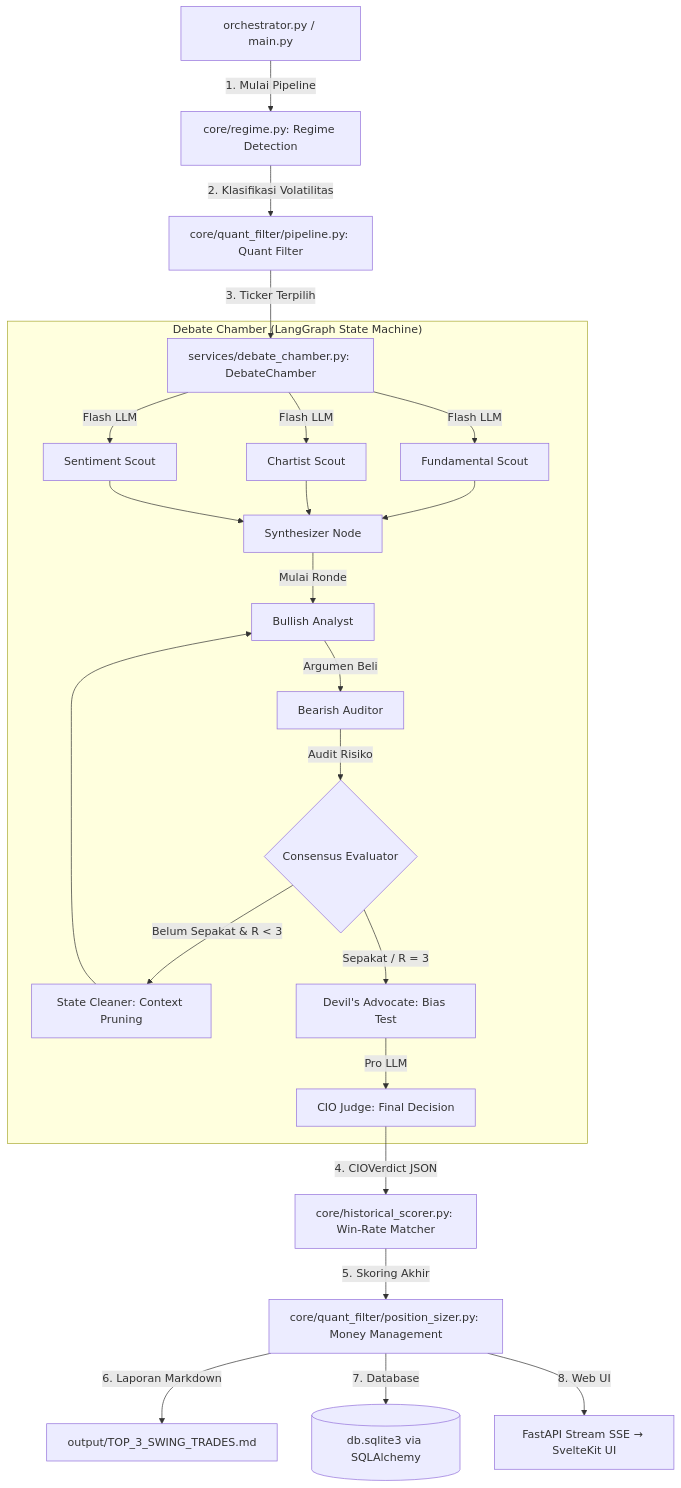
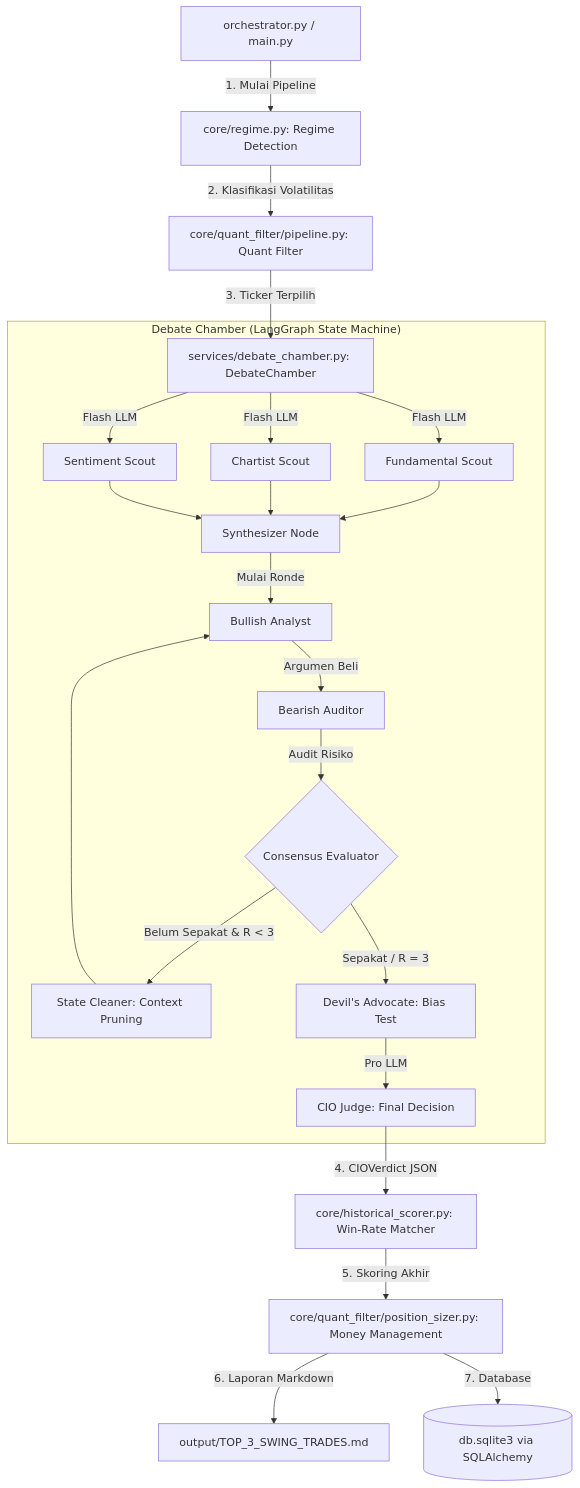
One commit to naufalhajid/IDX-Debate-Engine changed the diagram in README.md. Above: the diagram before and after it, drawn with Mermaid. The commit also changed other lines of this file and 8 other files, not shown here.

````diff
--- a/README.md
+++ b/README.md
@@ -45,36 +42,35 @@
 ```mermaid
 graph TD
     %% Entry Points & Data Intake
     EP["orchestrator.py / main.py"] -->|1. Mulai Pipeline| MR["core/regime.py: Regime Detection"]
     MR -->|2. Klasifikasi Volatilitas| QF["core/quant_filter/pipeline.py: Quant Filter"]
 
     %% LangGraph Orchestration
     QF -->|3. Ticker Terpilih| DC["services/debate_chamber.py: DebateChamber"]
 
     subgraph SUB_DC ["Debate Chamber (LangGraph State Machine)"]
         DC -->|Flash LLM| FS[Fundamental Scout]
         DC -->|Flash LLM| CS[Chartist Scout]
         DC -->|Flash LLM| SS[Sentiment Scout]
 
         FS --> SYN[Synthesizer Node]
         CS --> SYN
         SS --> SYN
 
         SYN -->|Mulai Ronde| BA[Bullish Analyst]
         BA -->|Argumen Beli| BR[Bearish Auditor]
         BR -->|Audit Risiko| CE{Consensus Evaluator}
 
         CE -->|"Belum Sepakat & R < 3"| SC["State Cleaner: Context Pruning"]
         SC --> BA
 
         CE -->|Sepakat / R = 3| DA["Devil's Advocate: Bias Test"]
         DA -->|Pro LLM| CJ["CIO Judge: Final Decision"]
     end
 
     %% Output & Scoring
     CJ -->|4. CIOVerdict JSON| HS["core/historical_scorer.py: Win-Rate Matcher"]
     HS -->|5. Skoring Akhir| PSIZ["core/quant_filter/position_sizer.py: Money Management"]
     PSIZ -->|6. Laporan Markdown| OUT["output/TOP_3_SWING_TRADES.md"]
     PSIZ -->|7. Database| DB[("db.sqlite3 via SQLAlchemy")]
-    PSIZ -->|8. Web UI| API["FastAPI Stream SSE → SvelteKit UI"]
 ```
````
